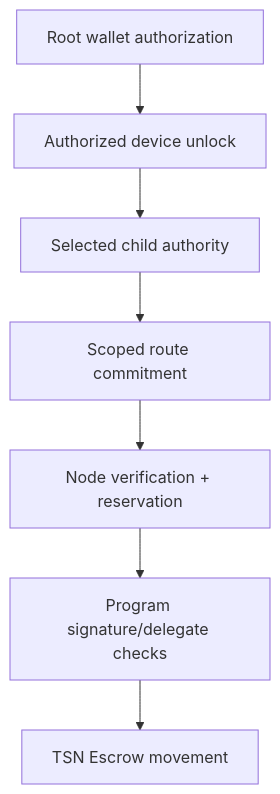
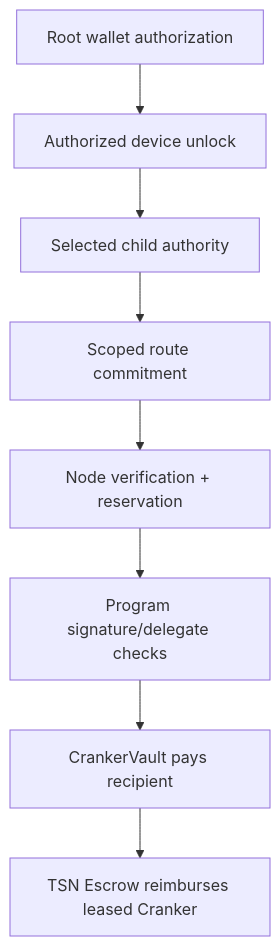
The diagram in docs/security-model.md (bigdreamsweb3/trustlink-pay), drawn with Mermaid before and after one commit. The commit also changed other lines of this file and 11 other files, not shown here.

````diff
--- a/docs/security-model.md
+++ b/docs/security-model.md
@@ -19,9 +20,10 @@
 ```mermaid
 flowchart TD
     W[Root wallet authorization] --> D[Authorized device unlock]
     D --> K[Selected child authority]
     K --> M[Scoped route commitment]
     M --> N[Node verification + reservation]
     N --> P[Program signature/delegate checks]
-    P --> E[TSN Escrow movement]
+    P --> V[CrankerVault pays recipient]
+    V --> E[TSN Escrow reimburses leased Cranker]
 ```
````
